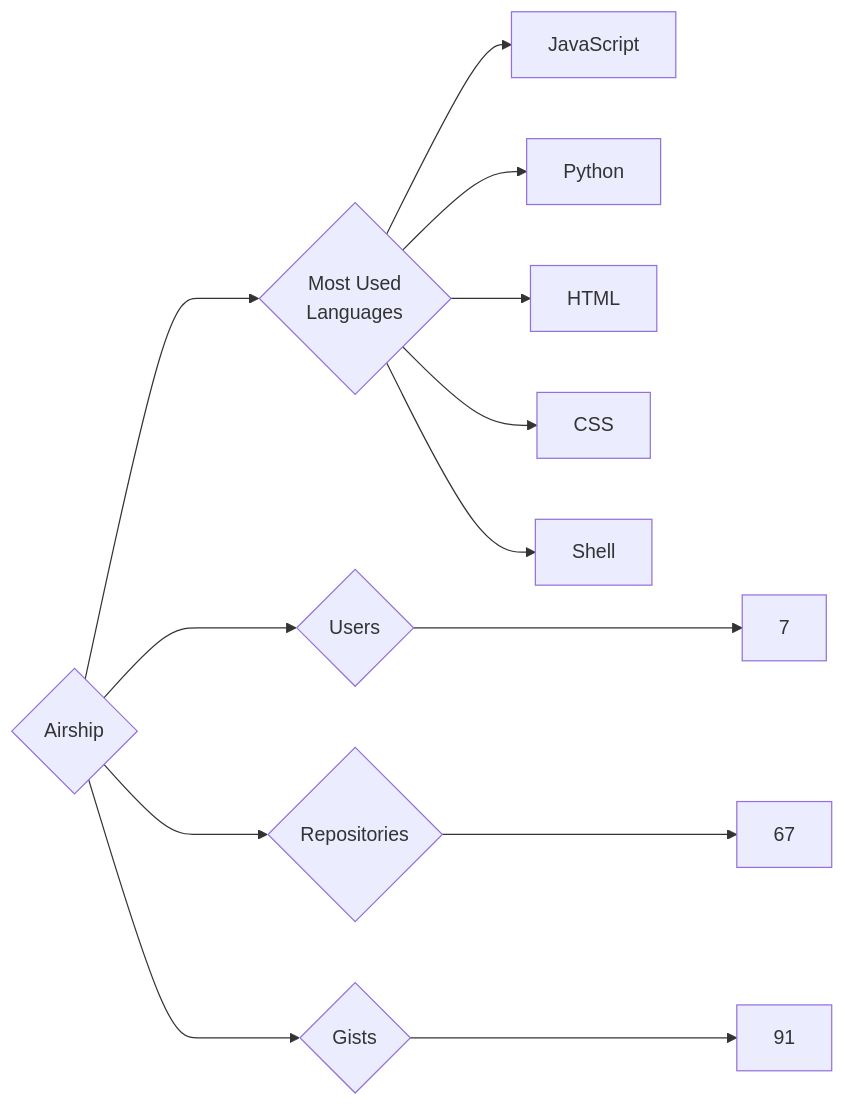
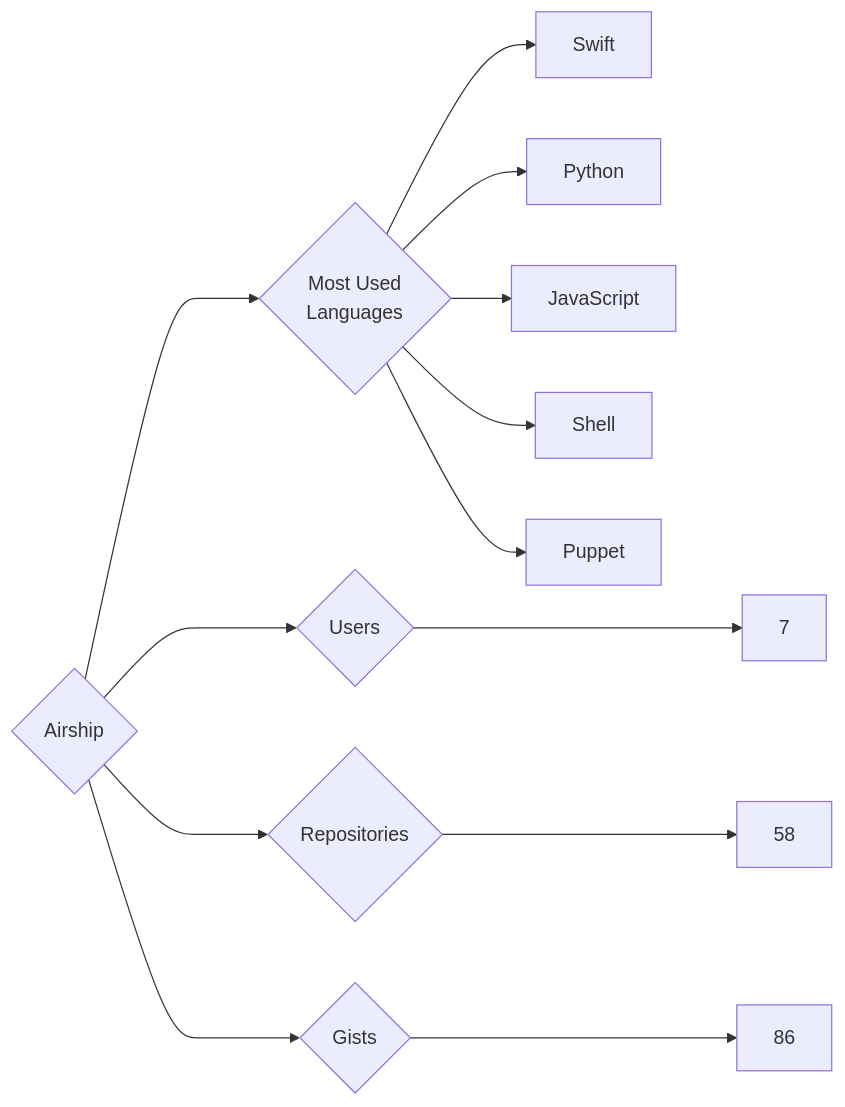
Before and after one commit to trickest/insiders: the diagram in targets/Airship/README.md, drawn with Mermaid. The commit also changed 1120 other files, not shown here.

````diff
--- a/targets/Airship/README.md
+++ b/targets/Airship/README.md
@@ -3,13 +3,13 @@
 ```mermaid
 graph LR
 COMPANY_NAME{Airship}
 COMPANY_NAME ---> U{Users} ---> UN[7]
-COMPANY_NAME ---> R{Repositories} ---> RN[67]
-COMPANY_NAME ---> G{Gists} ---> GN[91]
+COMPANY_NAME ---> R{Repositories} ---> RN[58]
+COMPANY_NAME ---> G{Gists} ---> GN[86]
 COMPANY_NAME ---> ML{Most Used<br>Languages}
+ML --> Swift[Swift]
+ML --> Python[Python]
 ML --> JavaScript[JavaScript]
-ML --> Python[Python]
-ML --> HTML[HTML]
-ML --> CSS[CSS]
 ML --> Shell[Shell]
+ML --> Puppet[Puppet]
 ```
````
